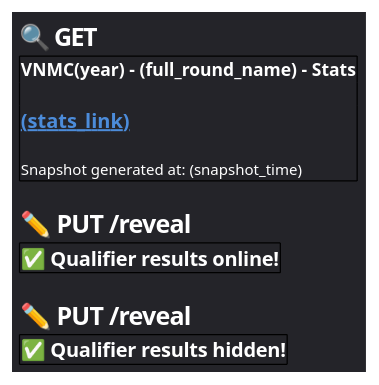
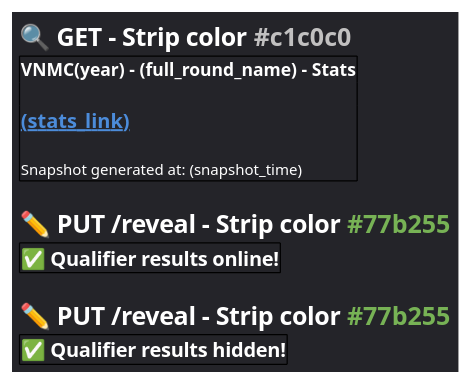
One commit to vnmc-ecosystem/vnmc-designs changed the diagram in bot-ui/stats/stats.puml. Above: the diagram before and after it, drawn with PlantUML. The commit also changed 11 other files, not shown here.

```diff
--- a/bot-ui/stats/stats.puml
+++ b/bot-ui/stats/stats.puml
@@ -1,27 +1,27 @@
 @startsalt match
 	<style>
 		saltDiagram {
 			BackgroundColor #242429
 		}
 	</style>
 	{
-		= <color:#ffffff>🔍 GET
+		= <color:#ffffff>🔍 GET - Strip color <color:#c1c0c0><size:16>#c1c0c0
 		{+
 			<b><color:#ffffff><size:14>VNMC(year) - (full_round_name) - Stats
 			.
 			<b><color:#4c8cda><size:16>__(stats_link)__
 			.
 			<color:#ffffff><size:12>Snapshot generated at: (snapshot_time)
 		}
 		.
-		= <color:#ffffff>✏️ PUT /reveal /' toggle ON '/
+		= <color:#ffffff>✏️ PUT /reveal - Strip color <color:#77b255><size:16>#77b255 /' toggle ON '/
 		{+
 			<b><color:#ffffff><size:16>✅ Qualifier results online!
 		}
 		.
-		= <color:#ffffff>✏️ PUT /reveal /' toggle OFF '/
+		= <color:#ffffff>✏️ PUT /reveal - Strip color <color:#77b255><size:16>#77b255 /' toggle OFF '/
 		{+
 			<b><color:#ffffff><size:16>✅ Qualifier results hidden!
 		}
 	}
 @endsalt
```
